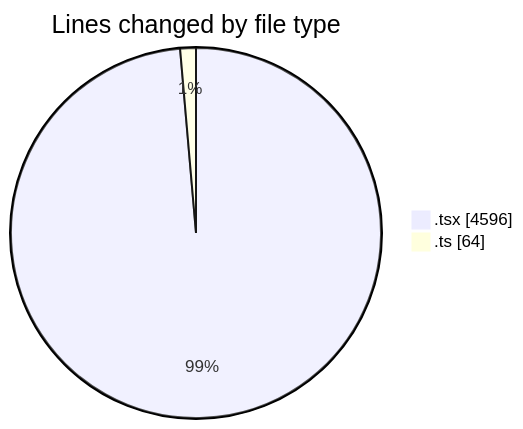
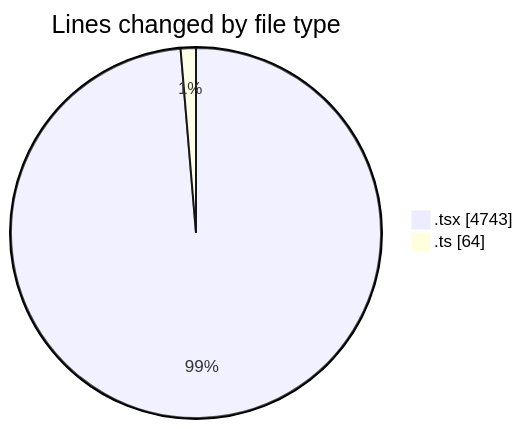
One commit to nxtqubesakshisongat/code-tracking changed the first of 2 diagrams in 2026-04-09/airfeed-analytics-dashboard/README.md. Above: the diagram before and after it, drawn with Mermaid. The commit also changed other lines of this file and 1 other file, not shown here.

````diff
--- a/2026-04-09/airfeed-analytics-dashboard/README.md
+++ b/2026-04-09/airfeed-analytics-dashboard/README.md
@@ -35,6 +35,6 @@
 ```mermaid
 pie showData
 title Lines changed by file type
-".tsx" : 4596
+".tsx" : 4743
 ".ts" : 64
 ```
````
